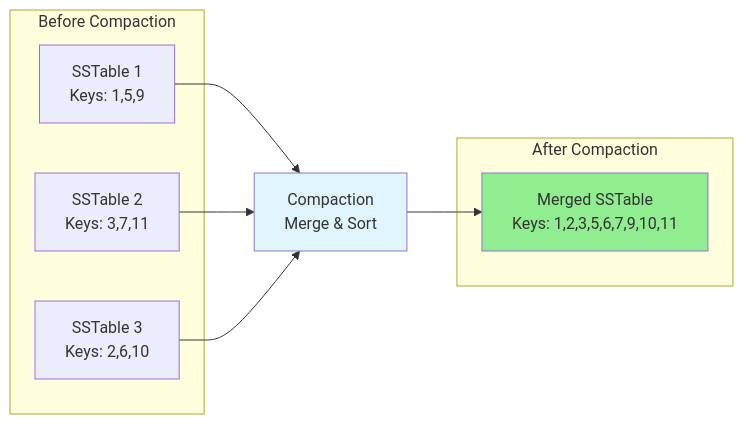
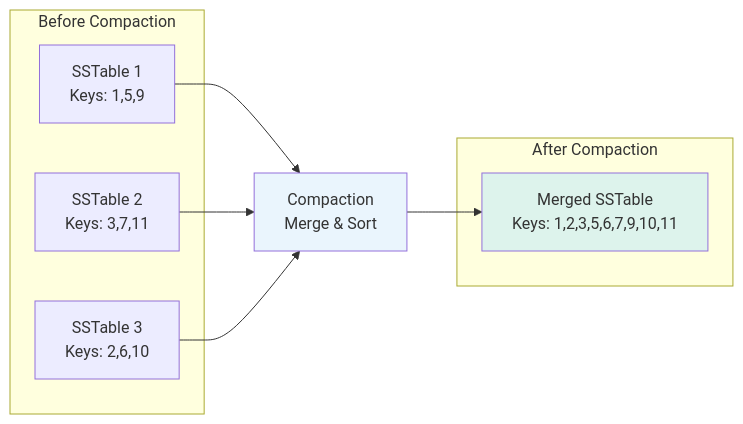
One commit to cartmancodes/InterviewVault changed diagram 14 of 34 in LLD/CoreConcepts/DataIndexing.md. Above: the diagram before and after it, drawn with Mermaid. The commit also changed other lines of this file and 679 other files, not shown here.

Commit message:
Unify content diagrams and add accessible visual walkthroughs

````diff
--- a/LLD/CoreConcepts/DataIndexing.md
+++ b/LLD/CoreConcepts/DataIndexing.md
@@ -478,22 +478,22 @@
 ```mermaid
 graph LR
     subgraph "Before Compaction"
         T1[SSTable 1<br/>Keys: 1,5,9]
         T2[SSTable 2<br/>Keys: 3,7,11]
         T3[SSTable 3<br/>Keys: 2,6,10]
     end
     
     COMPACT[Compaction<br/>Merge & Sort]
     
     subgraph "After Compaction"
         T4[Merged SSTable<br/>Keys: 1,2,3,5,6,7,9,10,11]
     end
     
     T1 --> COMPACT
     T2 --> COMPACT
     T3 --> COMPACT
     COMPACT --> T4
     
-    style COMPACT fill:#e1f5ff
-    style T4 fill:#90EE90
+    style COMPACT fill:#EAF5FD
+    style T4 fill:#DDF3EC
 ```
````
